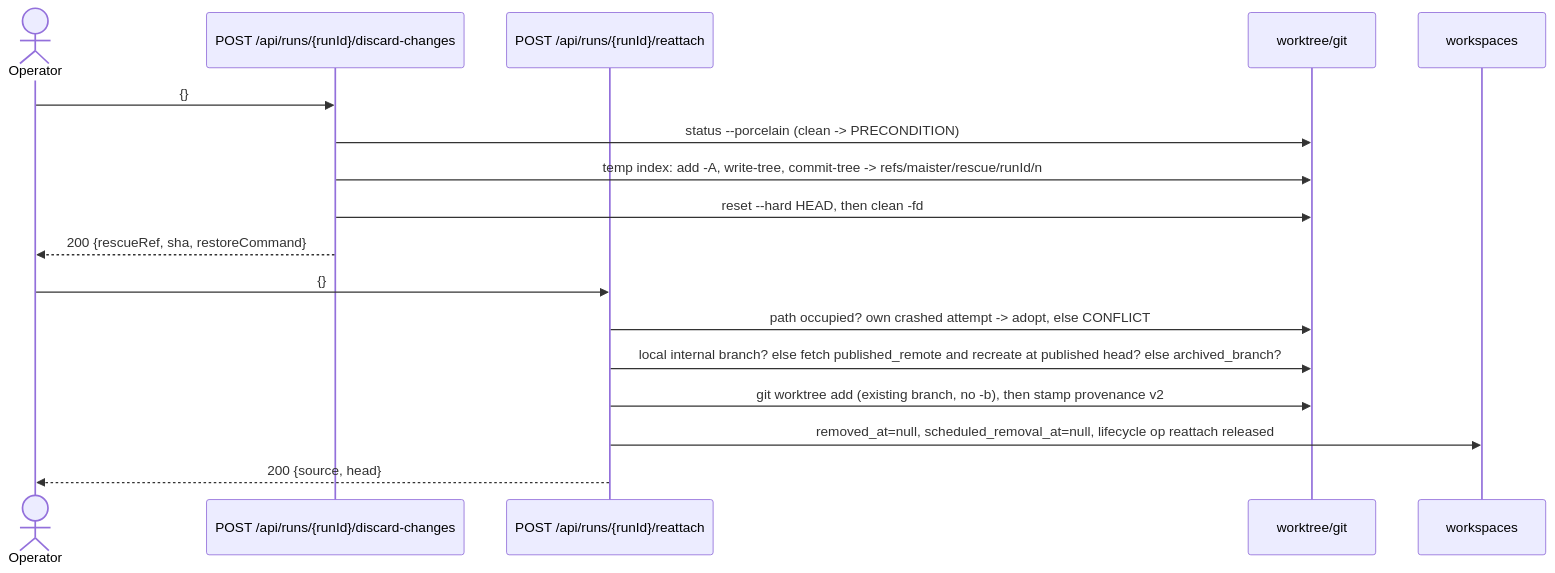
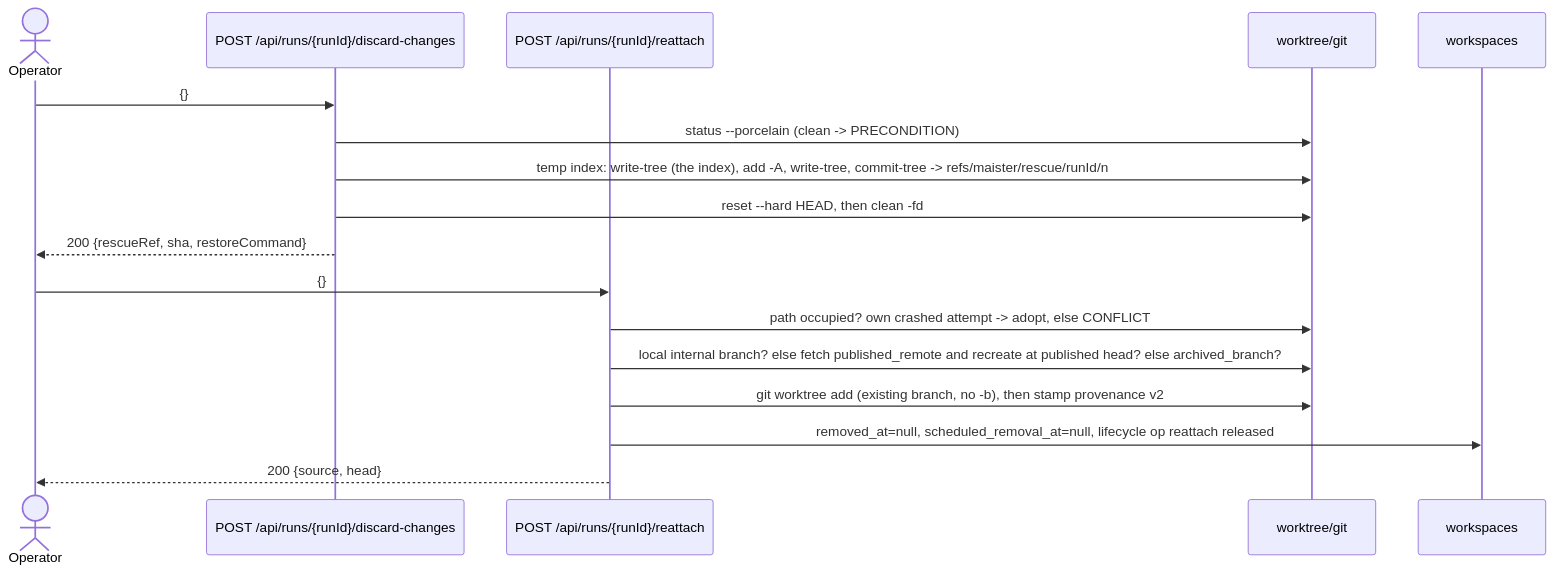
The sixth of 6 diagrams in docs/system-analytics/workbench-git.md (maister-dev/maister), drawn with Mermaid before and after one commit. The commit also changed other lines of this file and 10 other files, not shown here.

First line of the commit message:
fix(workbench-git): a rescue keeps the index — staged work is never the reset's to take

````diff
--- a/docs/system-analytics/workbench-git.md
+++ b/docs/system-analytics/workbench-git.md
@@ -231,19 +236,19 @@
 ```mermaid
 sequenceDiagram
     actor Op as Operator
     participant D as POST /api/runs/{runId}/discard-changes
     participant R as POST /api/runs/{runId}/reattach
     participant Git as worktree/git
     participant DB as workspaces
     Op->>D: {}
     D->>Git: status --porcelain (clean -> PRECONDITION)
-    D->>Git: temp index: add -A, write-tree, commit-tree -> refs/maister/rescue/runId/n
+    D->>Git: temp index: write-tree (the index), add -A, write-tree, commit-tree -> refs/maister/rescue/runId/n
     D->>Git: reset --hard HEAD, then clean -fd
     D-->>Op: 200 {rescueRef, sha, restoreCommand}
     Op->>R: {}
     R->>Git: path occupied? own crashed attempt -> adopt, else CONFLICT
     R->>Git: local internal branch? else fetch published_remote and recreate at published head? else archived_branch?
     R->>Git: git worktree add (existing branch, no -b), then stamp provenance v2
     R->>DB: removed_at=null, scheduled_removal_at=null, lifecycle op reattach released
     R-->>Op: 200 {source, head}
 ```
````
